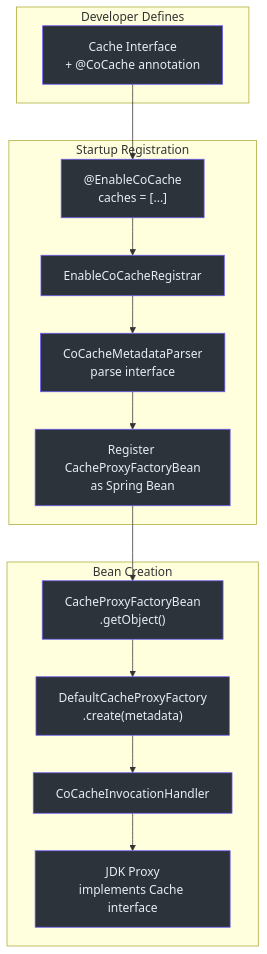
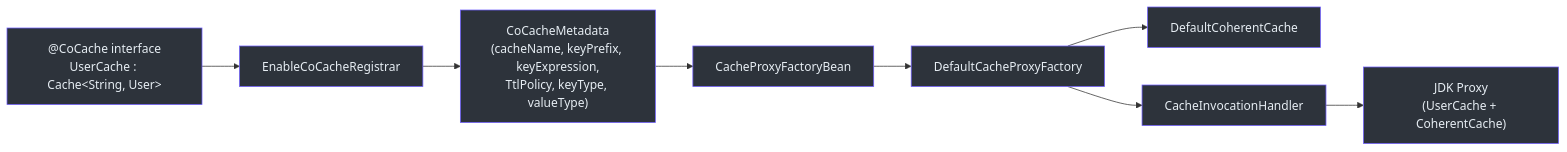
The first of 3 diagrams in wiki/architecture/proxy.md (Ahoo-Wang/CoCache), drawn with Mermaid before and after one commit. The commit also changed other lines of this file and 256 other files, not shown here.

````diff
--- a/wiki/architecture/proxy.md
+++ b/wiki/architecture/proxy.md
@@ -12,43 +12,19 @@
 ```mermaid
-flowchart TD
-    subgraph sg_14 ["Developer Defines"]
+graph LR
+    I["@CoCache interface<br>UserCache : Cache&lt;String, User&gt;"] --> R["EnableCoCacheRegistrar"]
+    R --> M["CoCacheMetadata<br>(cacheName, keyPrefix, keyExpression,<br>TtlPolicy, keyType, valueType)"]
+    M --> FB["CacheProxyFactoryBean"]
+    FB --> PF["DefaultCacheProxyFactory"]
+    PF --> CC["DefaultCoherentCache"]
+    PF --> H["CacheInvocationHandler"]
+    H --> P["JDK Proxy<br>(UserCache + CoherentCache)"]
 
-        Interface["Cache Interface<br>+ @CoCache annotation"]
-    end
-
-    subgraph sg_15 ["Startup Registration"]
-
-        Enable["@EnableCoCache<br>caches = [...]"]
-        Registrar["EnableCoCacheRegistrar"]
-        Parse["CoCacheMetadataParser<br>parse interface"]
-        RegisterBean["Register CacheProxyFactoryBean<br>as Spring Bean"]
-    end
-
-    subgraph sg_16 ["Bean Creation"]
-
-        FactoryBean["CacheProxyFactoryBean<br>.getObject()"]
-        ProxyFactory["DefaultCacheProxyFactory<br>.create(metadata)"]
-        InvocationHandler["CoCacheInvocationHandler"]
-        Proxy["JDK Proxy<br>implements Cache interface"]
-    end
-
-    Interface --> Enable
-    Enable --> Registrar
-    Registrar --> Parse
-    Parse --> RegisterBean
-    RegisterBean --> FactoryBean
-    FactoryBean --> ProxyFactory
-    ProxyFactory --> InvocationHandler
-    InvocationHandler --> Proxy
-
-    style Interface fill:#2d333b,stroke:#6d5dfc,color:#e6edf3
-    style Enable fill:#2d333b,stroke:#6d5dfc,color:#e6edf3
-    style Registrar fill:#2d333b,stroke:#6d5dfc,color:#e6edf3
-    style Parse fill:#2d333b,stroke:#6d5dfc,color:#e6edf3
-    style RegisterBean fill:#2d333b,stroke:#6d5dfc,color:#e6edf3
-    style FactoryBean fill:#2d333b,stroke:#6d5dfc,color:#e6edf3
-    style ProxyFactory fill:#2d333b,stroke:#6d5dfc,color:#e6edf3
-    style InvocationHandler fill:#2d333b,stroke:#6d5dfc,color:#e6edf3
-    style Proxy fill:#2d333b,stroke:#6d5dfc,color:#e6edf3
-
+    style I fill:#2d333b,stroke:#6d5dfc,color:#e6edf3
+    style R fill:#2d333b,stroke:#6d5dfc,color:#e6edf3
+    style M fill:#2d333b,stroke:#6d5dfc,color:#e6edf3
+    style FB fill:#2d333b,stroke:#6d5dfc,color:#e6edf3
+    style PF fill:#2d333b,stroke:#6d5dfc,color:#e6edf3
+    style CC fill:#2d333b,stroke:#6d5dfc,color:#e6edf3
+    style H fill:#2d333b,stroke:#6d5dfc,color:#e6edf3
+    style P fill:#2d333b,stroke:#6d5dfc,color:#e6edf3
 ```
````
